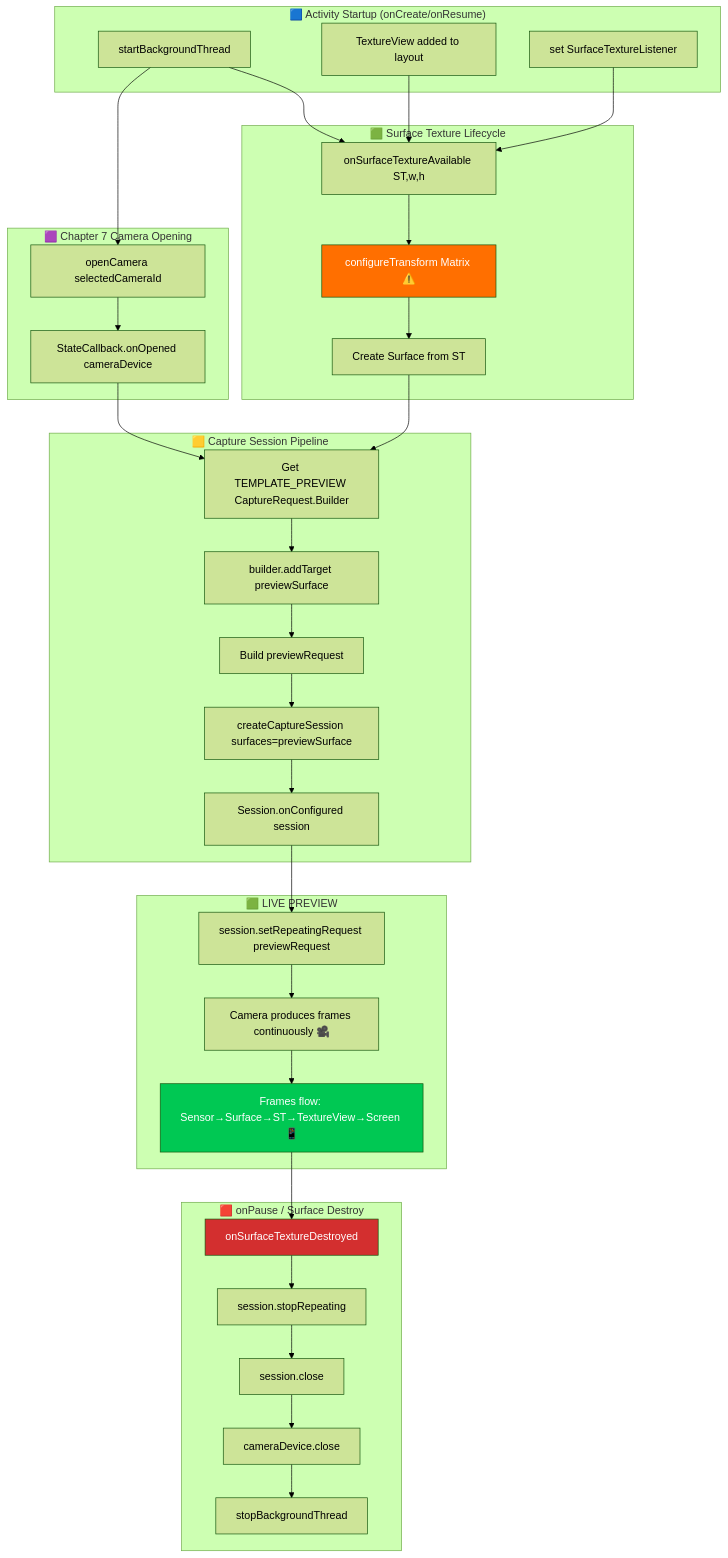
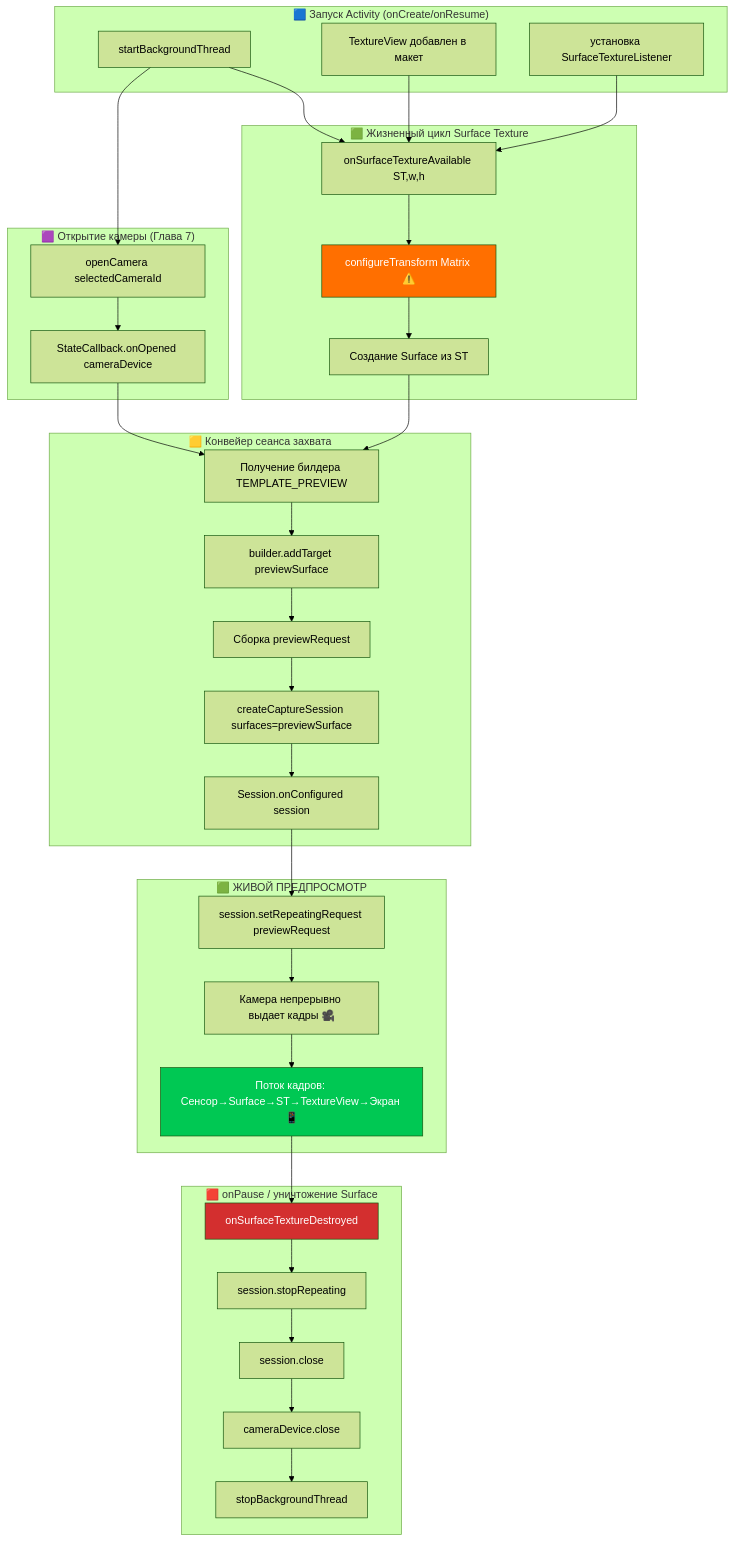
Before and after one commit to zoozooll/AndroidCameraParameters: the diagram in website/i18n/ru/docusaurus-plugin-content-docs/current/camera2/showing-camera-preview.md, drawn with Mermaid (forest theme). The commit also changed other lines of this file and 378 other files, not shown here.

````diff
--- a/website/i18n/ru/docusaurus-plugin-content-docs/current/camera2/showing-camera-preview.md
+++ b/website/i18n/ru/docusaurus-plugin-content-docs/current/camera2/showing-camera-preview.md
@@ -78,64 +78,64 @@
 ```mermaid
 flowchart TD
-    subgraph ActivityStart["🟦 Activity Startup (onCreate/onResume)"]
+    subgraph ActivityStart["🟦 Запуск Activity (onCreate/onResume)"]
         A1[startBackgroundThread]
-        A2[TextureView added to layout]
-        A3[set SurfaceTextureListener]
+        A2[TextureView добавлен в макет]
+        A3[установка SurfaceTextureListener]
     end
 
-    subgraph SurfaceReady["🟩 Surface Texture Lifecycle"]
+    subgraph SurfaceReady["🟩 Жизненный цикл Surface Texture"]
         B1[onSurfaceTextureAvailable ST,w,h]
         B2[configureTransform Matrix ⚠️]
-        B3[Create Surface from ST]
+        B3[Создание Surface из ST]
     end
 
-    subgraph CameraOpen["🟪 Chapter 7 Camera Opening"]
+    subgraph CameraOpen["🟪 Открытие камеры (Глава 7)"]
         C1[openCamera selectedCameraId]
         C2[StateCallback.onOpened cameraDevice]
     end
 
-    subgraph SessionCreation["🟨 Capture Session Pipeline"]
-        D1[Get TEMPLATE_PREVIEW CaptureRequest.Builder]
+    subgraph SessionCreation["🟨 Конвейер сеанса захвата"]
+        D1[Получение билдера TEMPLATE_PREVIEW]
         D2[builder.addTarget previewSurface]
-        D3[Build previewRequest]
+        D3[Сборка previewRequest]
         D4[createCaptureSession surfaces=previewSurface]
         D5[Session.onConfigured session]
     end
 
-    subgraph PreviewStreaming["🟩 LIVE PREVIEW"]
+    subgraph PreviewStreaming["🟩 ЖИВОЙ ПРЕДПРОСМОТР"]
         E1[session.setRepeatingRequest previewRequest]
-        E2[Camera produces frames continuously 🎥]
-        E3[Frames flow: Sensor→Surface→ST→TextureView→Screen 📱]
+        E2[Камера непрерывно выдает кадры 🎥]
+        E3[Поток кадров: Сенсор→Surface→ST→TextureView→Экран 📱]
     end
 
-    subgraph Teardown["🟥 onPause / Surface Destroy"]
+    subgraph Teardown["🟥 onPause / уничтожение Surface"]
         F1[onSurfaceTextureDestroyed]
         F2[session.stopRepeating]
         F3[session.close]
         F4[cameraDevice.close]
         F5[stopBackgroundThread]
     end
 
     A1 & A2 & A3 --> B1
     B1 --> B2
     B2 --> B3
     A1 --> C1
     C1 --> C2
     B3 & C2 --> D1
     D1 --> D2
     D2 --> D3
     D3 --> D4
     D4 --> D5
     D5 --> E1
     E1 --> E2
     E2 --> E3
     E3 --> F1
     F1 --> F2
     F2 --> F3
     F3 --> F4
     F4 --> F5
 
     style B2 fill:#ff6f00,color:#fff
     style E3 fill:#00c853,color:#fff
     style F1 fill:#d32f2f,color:#fff
 ```
````
